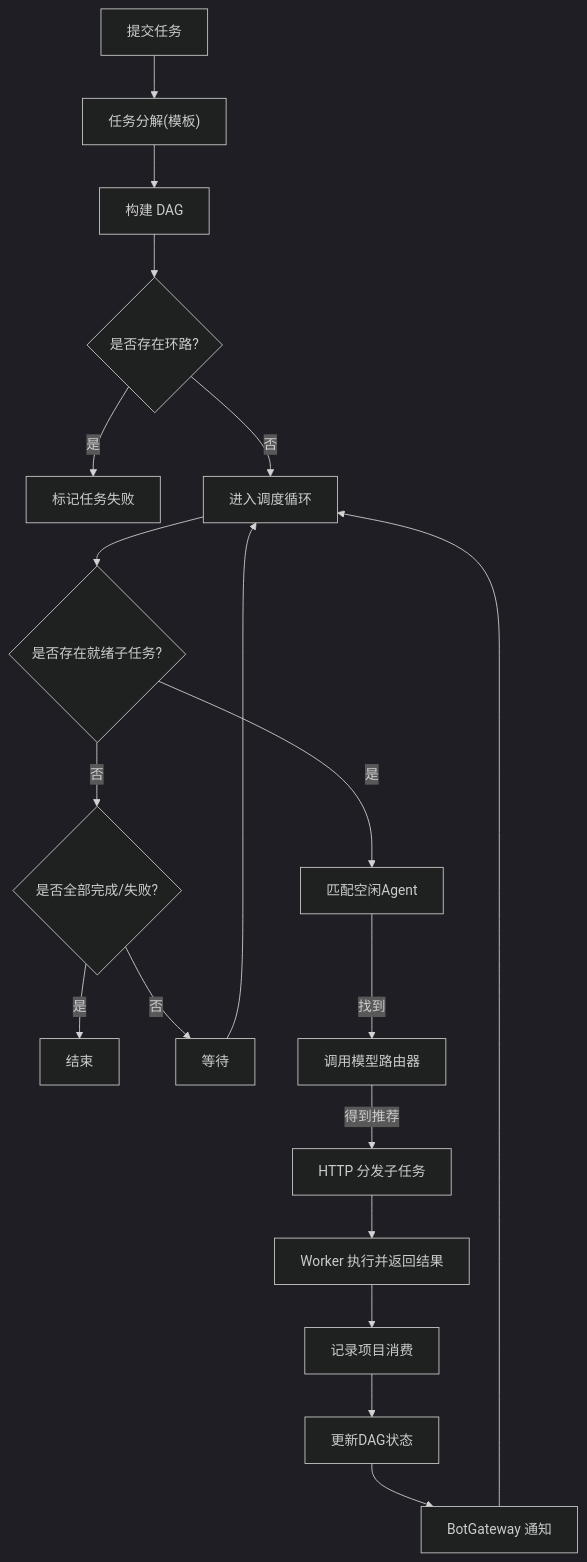
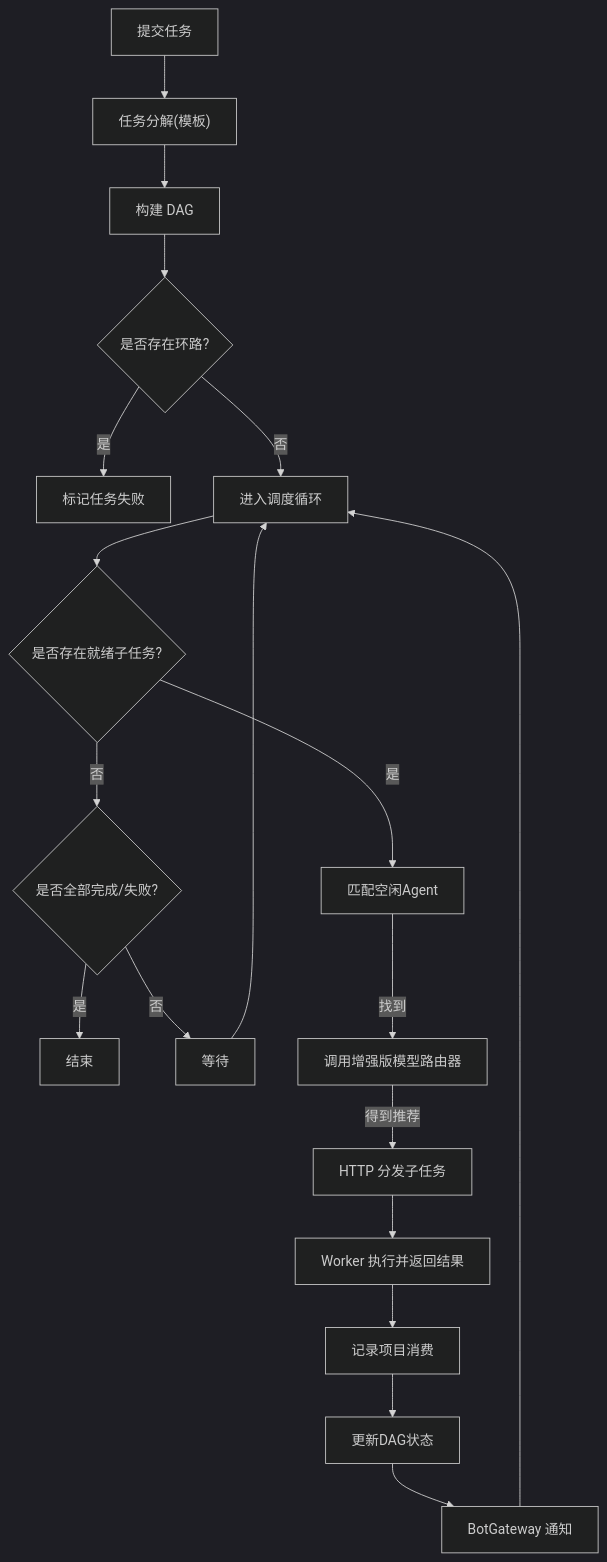
One commit to targalian/Personal-distributed-workstation changed the sixth of 13 diagrams in .qoder/repowiki/zh/content/核心模块/核心模块.md. Above: the diagram before and after it, drawn with Mermaid (dark theme). The commit also changed other lines of this file and 64 other files, not shown here.

````diff
--- a/.qoder/repowiki/zh/content/核心模块/核心模块.md
+++ b/.qoder/repowiki/zh/content/核心模块/核心模块.md
@@ -464,20 +483,20 @@
 ```mermaid
 flowchart TD
 S["提交任务"] --> D["任务分解(模板)"]
 D --> G["构建 DAG"]
 G --> CY{"是否存在环路?"}
 CY --> |是| FAIL["标记任务失败"]
 CY --> |否| RUN["进入调度循环"]
 RUN --> RDY{"是否存在就绪子任务?"}
 RDY --> |否| COMP{"是否全部完成/失败?"}
 COMP --> |是| END["结束"]
 COMP --> |否| WAIT["等待"] --> RUN
 RDY --> |是| MATCH["匹配空闲Agent"]
-MATCH --> |找到| ROUTE["调用模型路由器"]
+MATCH --> |找到| ROUTE["调用增强版模型路由器"]
 ROUTE --> |得到推荐| DISPATCH["HTTP 分发子任务"]
 DISPATCH --> EXEC["Worker 执行并返回结果"]
 EXEC --> USAGE["记录项目消费"]
 USAGE --> UPDATE["更新DAG状态"]
 UPDATE --> BOT["BotGateway 通知"]
 BOT --> RUN
 ```
````
